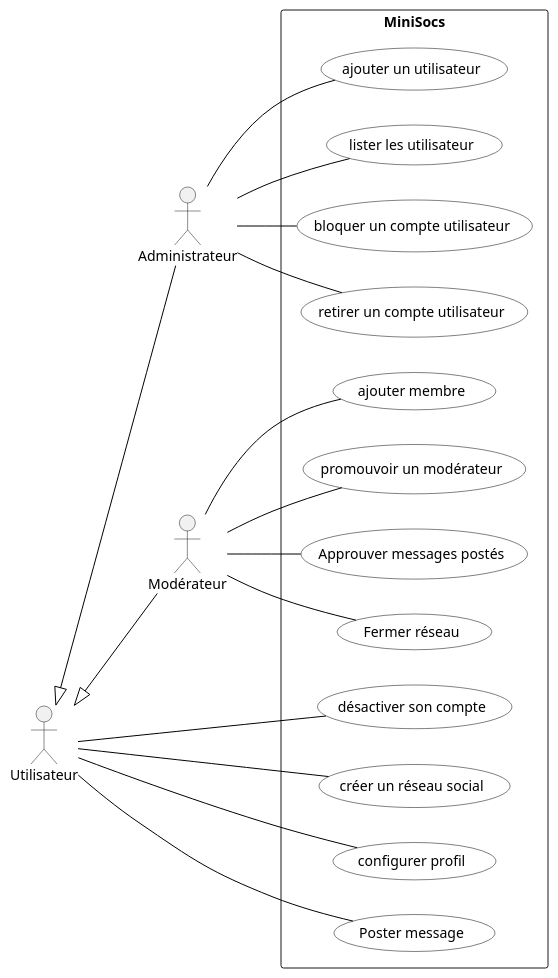
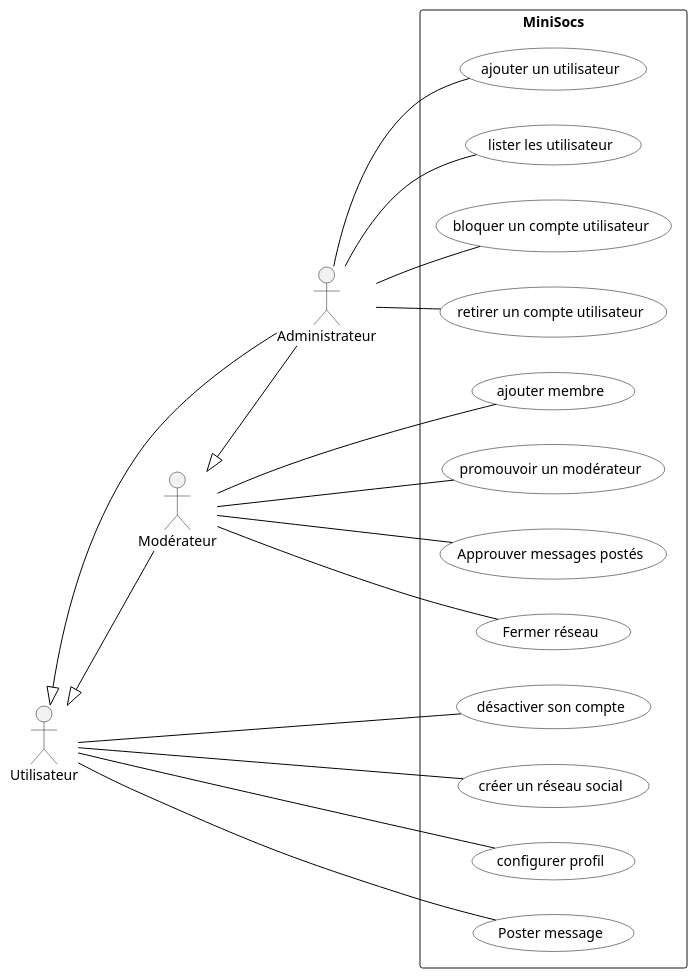
One commit to HugoKD/MiniSoc changed the diagram in Diagrammes/minisocs_uml_diag_cas_utilisation.pu. Above: the diagram before and after it, drawn with PlantUML.

```diff
--- a/Diagrammes/minisocs_uml_diag_cas_utilisation.pu
+++ b/Diagrammes/minisocs_uml_diag_cas_utilisation.pu
@@ -1,40 +1,41 @@
 @startuml
 
 'Diagramme de cas d'utilisation (PlantUML)'
 
 'Configuration charte graphique'
 skinparam usecase {
 BackgroundColor White
 BorderColor Black
 ArrowColor Black
 ActorBackgroundColor<< Human >> Gold
 }
 
 left to right direction
 
 'Déclaration des acteurs :'
 actor Administrateur
 actor Utilisateur
 actor Modérateur
 Utilisateur <|-- Administrateur
+Modérateur <|-- Administrateur
 Utilisateur <|-- Modérateur
 
 'Déclaration des cas d'utilisation dans le système'
 rectangle "MiniSocs" {
 :Administrateur: -- (ajouter un utilisateur)
 :Administrateur: -- (lister les utilisateur)
 :Administrateur: -- (bloquer un compte utilisateur)
 :Administrateur: -- (retirer un compte utilisateur)
 :Utilisateur:    -- (désactiver son compte)
 :Utilisateur:    -- (créer un réseau social)
 :Utilisateur:    -- (configurer profil)
 :Utilisateur:    -- (Poster message)
 :Modérateur:    -- (ajouter membre)
 :Modérateur:    -- (promouvoir un modérateur)
 :Modérateur:    -- (Approuver messages postés)
 :Modérateur:    -- (Fermer réseau)
 
 
 }
 
 @enduml
```
